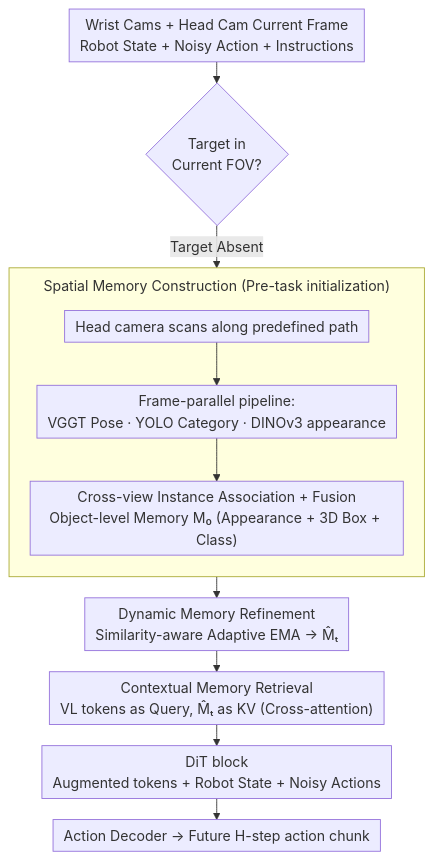
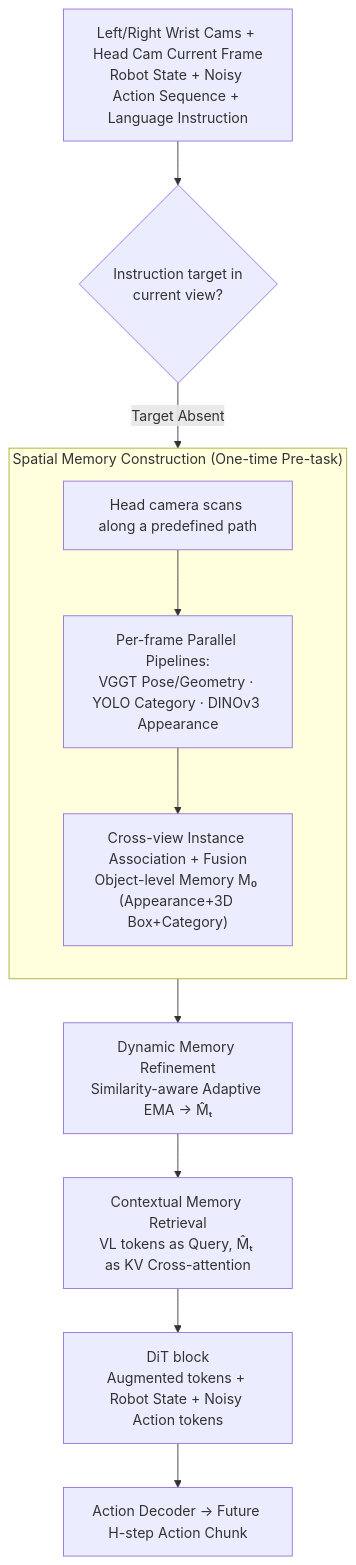
Before and after one commit to zhaoyang97/Paper-Notes-en: the diagram in docs/ICML2026/robotics/spatial_memory_for_out-of-vision_manipulation_in_vision-language-action.md, drawn with Mermaid. The commit also changed other lines of this file and 5084 other files, not shown here.

````diff
--- a/docs/ICML2026/robotics/spatial_memory_for_out-of-vision_manipulation_in_vision-language-action.md
+++ b/docs/ICML2026/robotics/spatial_memory_for_out-of-vision_manipulation_in_vision-language-action.md
@@ -43,15 +43,14 @@
 ```mermaid
-%%{init: {'flowchart': {'rankSpacing': 24, 'nodeSpacing': 28, 'padding': 6, 'wrappingWidth': 400, 'subGraphTitleMargin': {'top': 8, 'bottom': 16}}}}%%
-flowchart TD
-    IN["Wrist Cams + Head Cam Current Frame<br/>Robot State + Noisy Action + Instructions"] --> CHK{"Target in<br/>Current FOV?"}
-    subgraph SMC["Spatial Memory Construction (Pre-task initialization)"]
+graph TD
+    IN["Left/Right Wrist Cams + Head Cam Current Frame<br/>Robot State + Noisy Action Sequence + Language Instruction"] --> CHK{"Instruction target in<br/>current view?"}
+    subgraph SMC["Spatial Memory Construction (One-time Pre-task)"]
         direction TB
-        SCAN["Head camera scans along predefined path"] --> P["Frame-parallel pipeline:<br/>VGGT Pose · YOLO Category · DINOv3 appearance"]
-        P --> M0["Cross-view Instance Association + Fusion<br/>Object-level Memory M₀ (Appearance + 3D Box + Class)"]
+        SCAN["Head camera scans along a predefined path"] --> P["Per-frame Parallel Pipelines:<br/>VGGT Pose/Geometry · YOLO Category · DINOv3 Appearance"]
+        P --> M0["Cross-view Instance Association + Fusion<br/>Object-level Memory M₀ (Appearance+3D Box+Category)"]
     end
     CHK -->|Target Absent| SCAN
     M0 --> DMR["Dynamic Memory Refinement<br/>Similarity-aware Adaptive EMA → M̂ₜ"]
-    DMR --> CMR["Contextual Memory Retrieval<br/>VL tokens as Query, M̂ₜ as KV (Cross-attention)"]
-    CMR --> DIT["DiT block<br/>Augmented tokens + Robot State + Noisy Actions"]
-    DIT --> OUT["Action Decoder → Future H-step action chunk"]
+    DMR --> CMR["Contextual Memory Retrieval<br/>VL tokens as Query, M̂ₜ as KV Cross-attention"]
+    CMR --> DIT["DiT block<br/>Augmented tokens + Robot State + Noisy Action tokens"]
+    DIT --> OUT["Action Decoder → Future H-step Action Chunk"]
 ```
````
